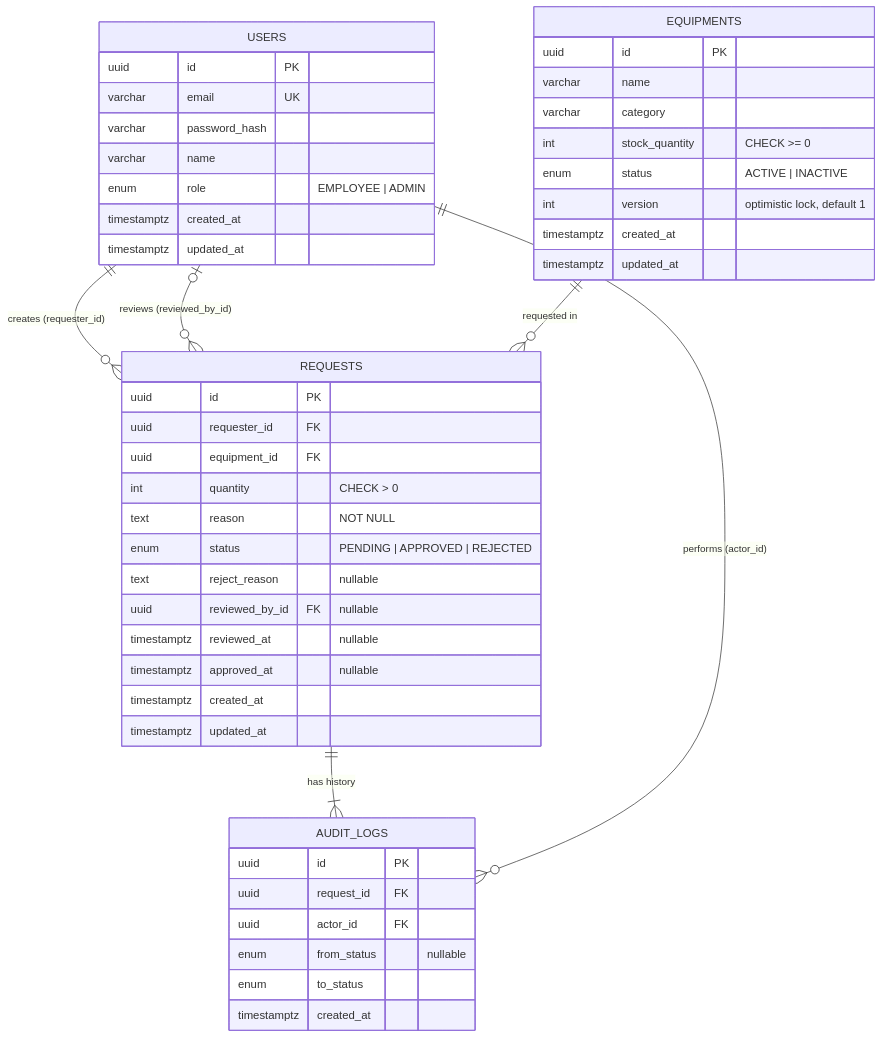
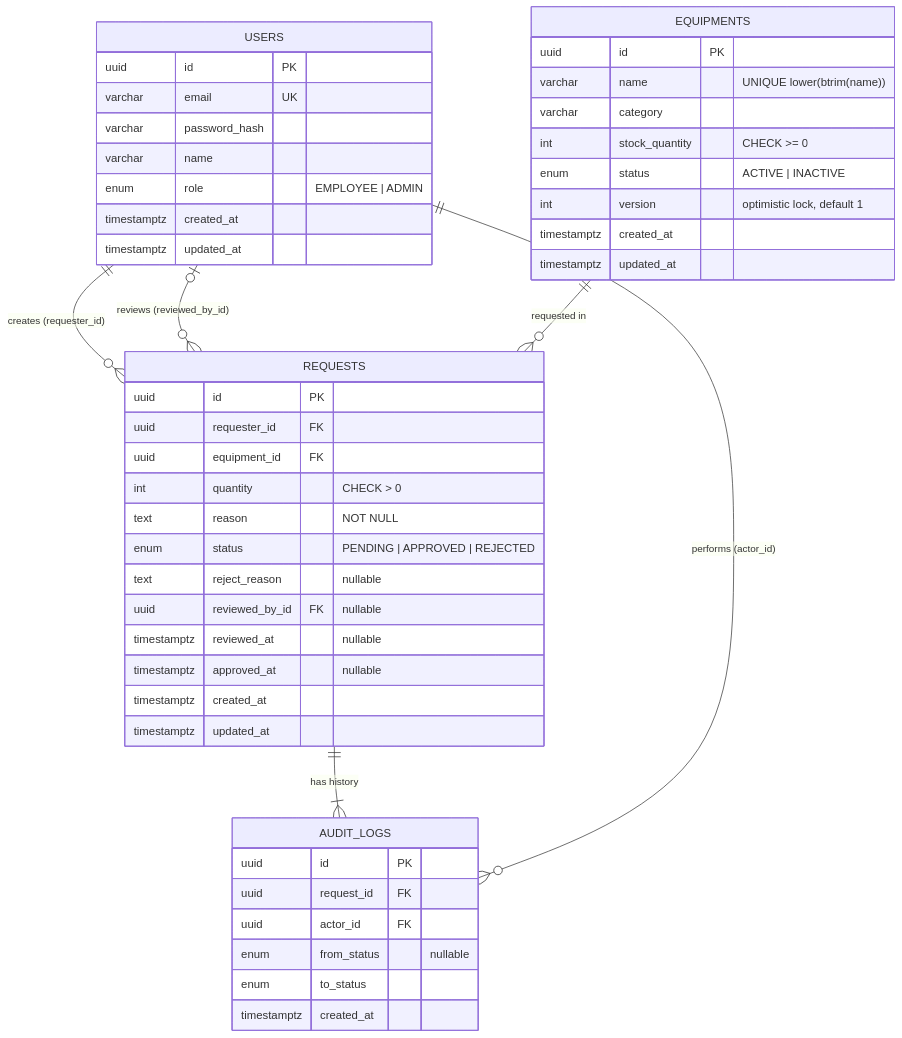
The first of 2 diagrams in docs/checkpoint-1.2.md (Bwhaa/it-equipment-request), drawn with Mermaid before and after one commit. The commit also changed other lines of this file and 2 other files, not shown here.

Commit message:
docs: document the unique equipment name rule

````diff
--- a/docs/checkpoint-1.2.md
+++ b/docs/checkpoint-1.2.md
@@ -26,53 +26,53 @@
 ```mermaid
 erDiagram
     USERS ||--o{ REQUESTS : "creates (requester_id)"
     USERS |o--o{ REQUESTS : "reviews (reviewed_by_id)"
     EQUIPMENTS ||--o{ REQUESTS : "requested in"
     REQUESTS ||--|{ AUDIT_LOGS : "has history"
     USERS ||--o{ AUDIT_LOGS : "performs (actor_id)"
 
     USERS {
         uuid id PK
         varchar email UK
         varchar password_hash
         varchar name
         enum role "EMPLOYEE | ADMIN"
         timestamptz created_at
         timestamptz updated_at
     }
 
     EQUIPMENTS {
         uuid id PK
-        varchar name
+        varchar name "UNIQUE lower(btrim(name))"
         varchar category
         int stock_quantity "CHECK >= 0"
         enum status "ACTIVE | INACTIVE"
         int version "optimistic lock, default 1"
         timestamptz created_at
         timestamptz updated_at
     }
 
     REQUESTS {
         uuid id PK
         uuid requester_id FK
         uuid equipment_id FK
         int quantity "CHECK > 0"
         text reason "NOT NULL"
         enum status "PENDING | APPROVED | REJECTED"
         text reject_reason "nullable"
         uuid reviewed_by_id FK "nullable"
         timestamptz reviewed_at "nullable"
         timestamptz approved_at "nullable"
         timestamptz created_at
         timestamptz updated_at
     }
 
     AUDIT_LOGS {
         uuid id PK
         uuid request_id FK
         uuid actor_id FK
         enum from_status "nullable"
         enum to_status
         timestamptz created_at
     }
 ```
````
